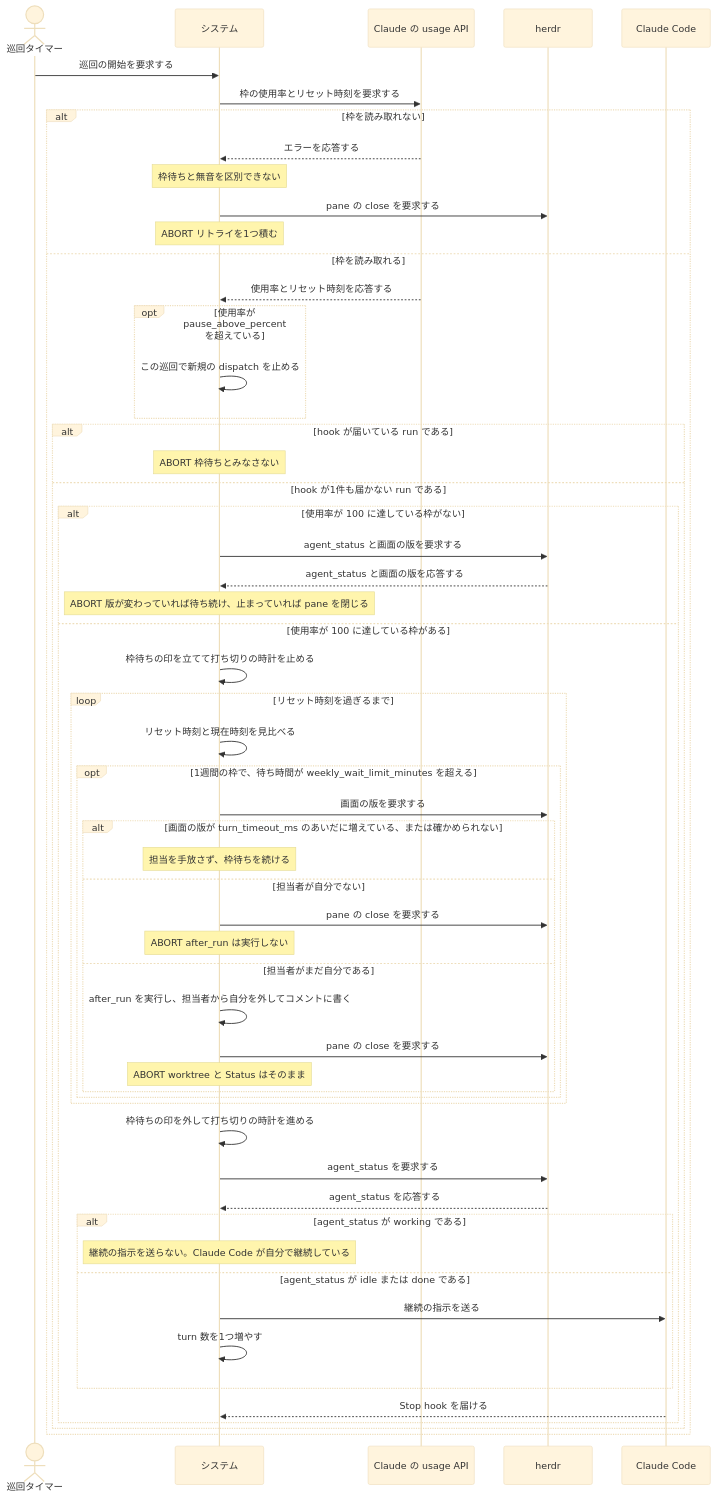
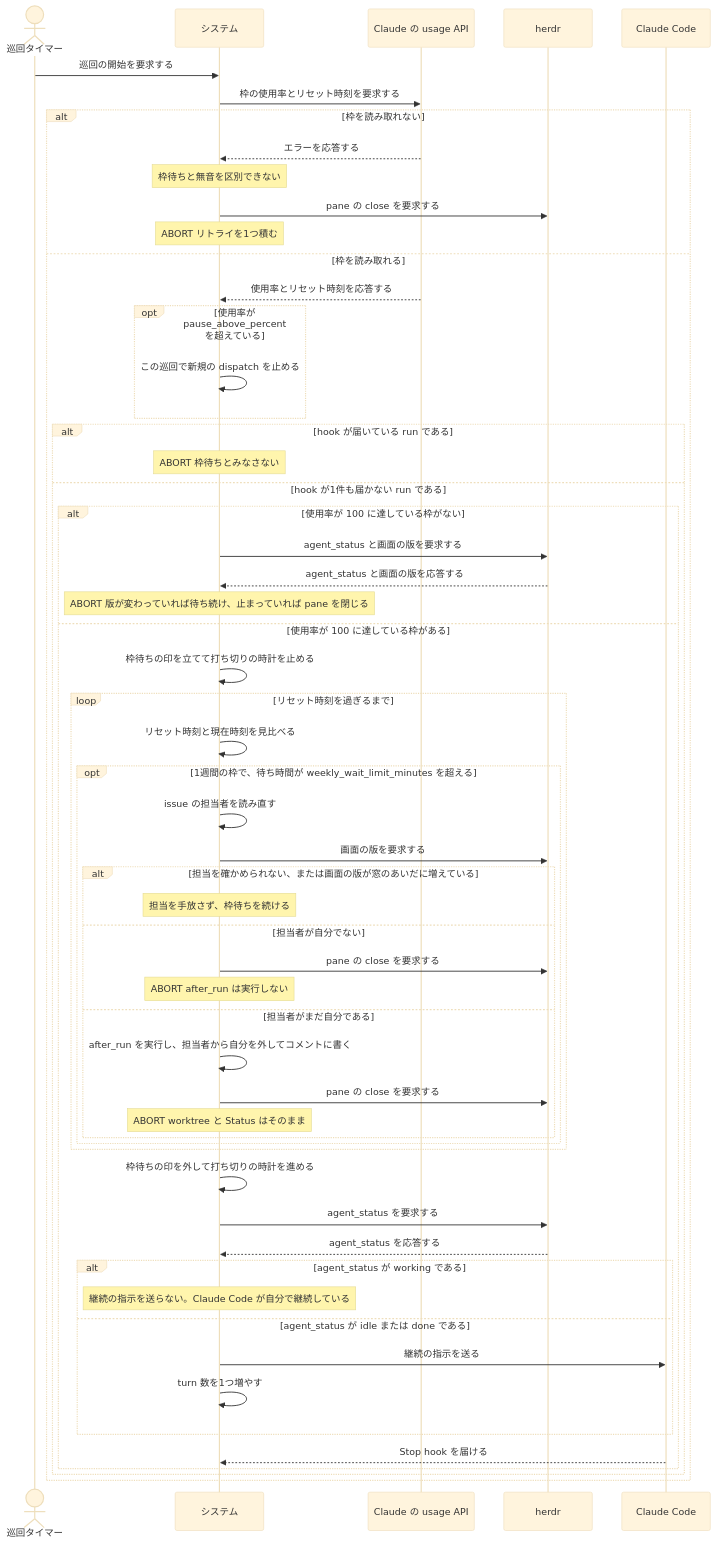
One commit to maimuzo/continuo changed the second of 2 diagrams in docs/spec/usecases/particular_case/レートリミットで待って再開する.rucm.md. Above: the diagram before and after it, drawn with Mermaid (base theme). The commit also changed other lines of this file and 21 other files, not shown here.

````diff
--- a/docs/spec/usecases/particular_case/レートリミットで待って再開する.rucm.md
+++ b/docs/spec/usecases/particular_case/レートリミットで待って再開する.rucm.md
@@ -236,59 +236,60 @@
 ```mermaid
 sequenceDiagram
     actor T as 巡回タイマー
     participant S as システム
     participant API as Claude の usage API
     participant H as herdr
     participant CC as Claude Code
 
     T->>S: 巡回の開始を要求する
     S->>API: 枠の使用率とリセット時刻を要求する
     alt 枠を読み取れない
         API-->>S: エラーを応答する
         Note over S: 枠待ちと無音を区別できない
         S->>H: pane の close を要求する
         Note over S: ABORT リトライを1つ積む
     else 枠を読み取れる
         API-->>S: 使用率とリセット時刻を応答する
         opt 使用率が pause_above_percent を超えている
             S->>S: この巡回で新規の dispatch を止める
         end
         alt hook が届いている run である
             Note over S: ABORT 枠待ちとみなさない
         else hook が1件も届かない run である
             alt 使用率が 100 に達している枠がない
                 S->>H: agent_status と画面の版を要求する
                 H-->>S: agent_status と画面の版を応答する
                 Note over S: ABORT 版が変わっていれば待ち続け、止まっていれば pane を閉じる
             else 使用率が 100 に達している枠がある
                 S->>S: 枠待ちの印を立てて打ち切りの時計を止める
                 loop リセット時刻を過ぎるまで
                     S->>S: リセット時刻と現在時刻を見比べる
                     opt 1週間の枠で、待ち時間が weekly_wait_limit_minutes を超える
+                        S->>S: issue の担当者を読み直す
                         S->>H: 画面の版を要求する
-                        alt 画面の版が turn_timeout_ms のあいだに増えている、または確かめられない
+                        alt 担当を確かめられない、または画面の版が窓のあいだに増えている
                             Note over S: 担当を手放さず、枠待ちを続ける
                         else 担当者が自分でない
                             S->>H: pane の close を要求する
                             Note over S: ABORT after_run は実行しない
                         else 担当者がまだ自分である
                             S->>S: after_run を実行し、担当者から自分を外してコメントに書く
                             S->>H: pane の close を要求する
                             Note over S: ABORT worktree と Status はそのまま
                         end
                     end
                 end
                 S->>S: 枠待ちの印を外して打ち切りの時計を進める
                 S->>H: agent_status を要求する
                 H-->>S: agent_status を応答する
                 alt agent_status が working である
                     Note over S: 継続の指示を送らない。Claude Code が自分で継続している
                 else agent_status が idle または done である
                     S->>CC: 継続の指示を送る
                     S->>S: turn 数を1つ増やす
                 end
                 CC-->>S: Stop hook を届ける
             end
         end
     end
 ```
````
